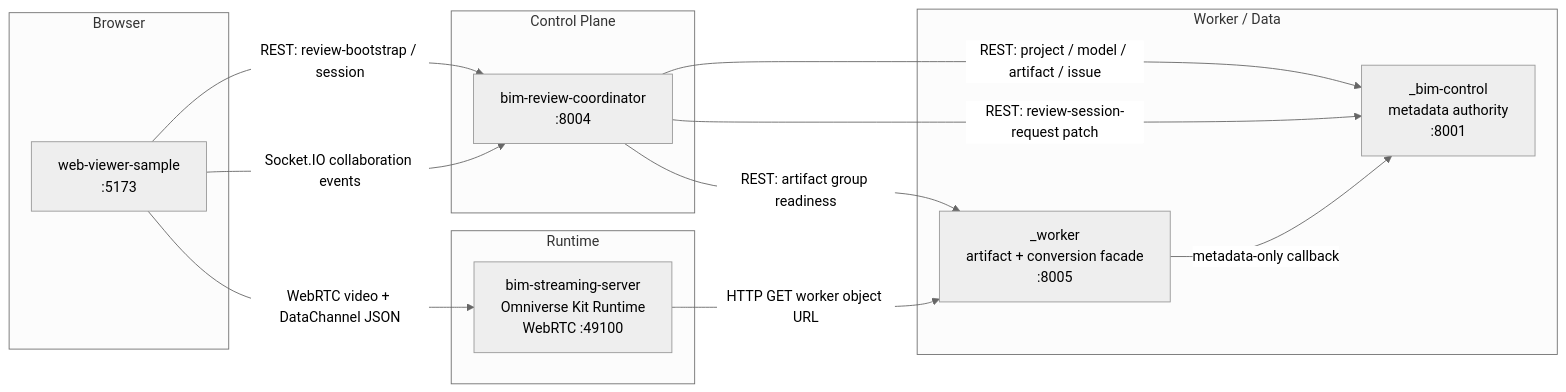
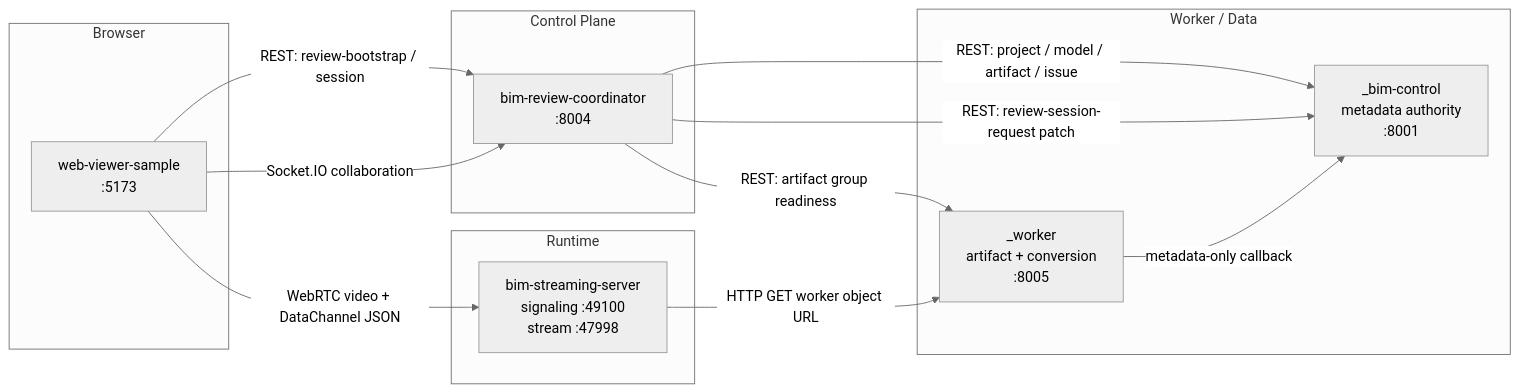
The second of 7 diagrams in docs/PROJECT_DEVELOPMENT_WORKFLOW.md (monkey1sai/AI-BIM-governance), drawn with Mermaid (neutral theme) before and after one commit. The commit also changed other lines of this file, not shown here.

First line of the commit message:
docs: v3 依新版架構圖 v1+v2 重寫專案開發流程

````diff
--- a/docs/PROJECT_DEVELOPMENT_WORKFLOW.md
+++ b/docs/PROJECT_DEVELOPMENT_WORKFLOW.md
@@ -61,27 +204,27 @@
 ```mermaid
 flowchart LR
     subgraph "Browser"
         WV[web-viewer-sample<br/>:5173]
     end
     subgraph "Control Plane"
         CO[bim-review-coordinator<br/>:8004]
     end
     subgraph "Worker / Data"
-        WK[_worker<br/>artifact + conversion facade<br/>:8005]
+        WK[_worker<br/>artifact + conversion<br/>:8005]
         BC[_bim-control<br/>metadata authority<br/>:8001]
     end
     subgraph "Runtime"
-        KIT[bim-streaming-server<br/>Omniverse Kit Runtime<br/>WebRTC :49100]
+        KIT[bim-streaming-server<br/>signaling :49100<br/>stream :47998]
     end
 
     WV -->|REST: review-bootstrap / session| CO
     WV -->|WebRTC video + DataChannel JSON| KIT
-    WV -->|Socket.IO collaboration events| CO
+    WV -->|Socket.IO collaboration| CO
 
     CO -->|REST: project / model / artifact / issue| BC
     CO -->|REST: artifact group readiness| WK
     CO -->|REST: review-session-request patch| BC
 
     WK -->|metadata-only callback| BC
     KIT -->|HTTP GET worker object URL| WK
 ```
````
